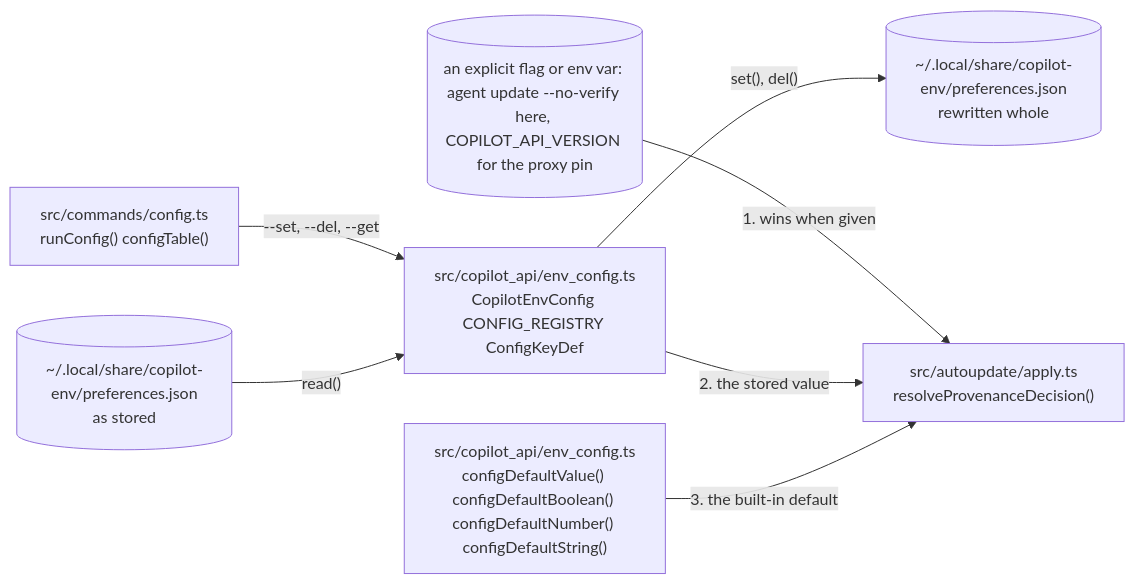
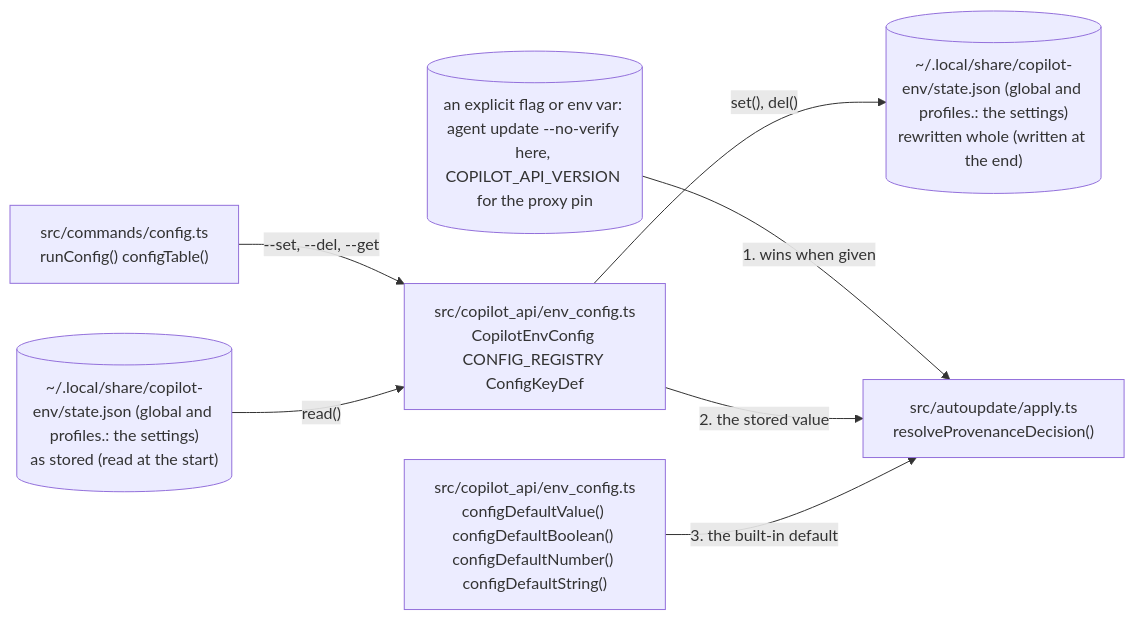
The fifth of 8 diagrams in docs/architecture.md (Vivswan/copilot-env), drawn with Mermaid before and after one commit. The commit also changed other lines of this file and 45 other files, not shown here.

Commit message:
refactor(state)!: fold credentials.json, preferences.json, and ownership.json into one state.json (#285)

````diff
--- a/docs/architecture.md
+++ b/docs/architecture.md
@@ -175,16 +176,16 @@
 ```mermaid
 flowchart LR
   flag[("an explicit flag or env var: agent update --no-verify here, COPILOT_API_VERSION for the proxy pin")]
   cmd["src/commands/config.ts<br>runConfig() configTable()"]
-  prefsin[("~/.local/share/copilot-env/preferences.json<br>as stored")]
+  prefsin[("~/.local/share/copilot-env/state.json (global and profiles.<name>: the settings)<br>as stored (read at the start)")]
   store["src/copilot_api/env_config.ts<br>CopilotEnvConfig CONFIG_REGISTRY ConfigKeyDef"]
   dflt["src/copilot_api/env_config.ts<br>configDefaultValue() configDefaultBoolean() configDefaultNumber() configDefaultString()"]
   site["src/autoupdate/apply.ts<br>resolveProvenanceDecision()"]
-  prefsout[("~/.local/share/copilot-env/preferences.json<br>rewritten whole")]
+  prefsout[("~/.local/share/copilot-env/state.json (global and profiles.<name>: the settings)<br>rewritten whole (written at the end)")]
   cmd -->|"--set, --del, --get"| store
   prefsin -->|"read()"| store
   store -->|"set(), del()"| prefsout
   flag -->|"1. wins when given"| site
   store -->|"2. the stored value"| site
   dflt -->|"3. the built-in default"| site
 ```
````
